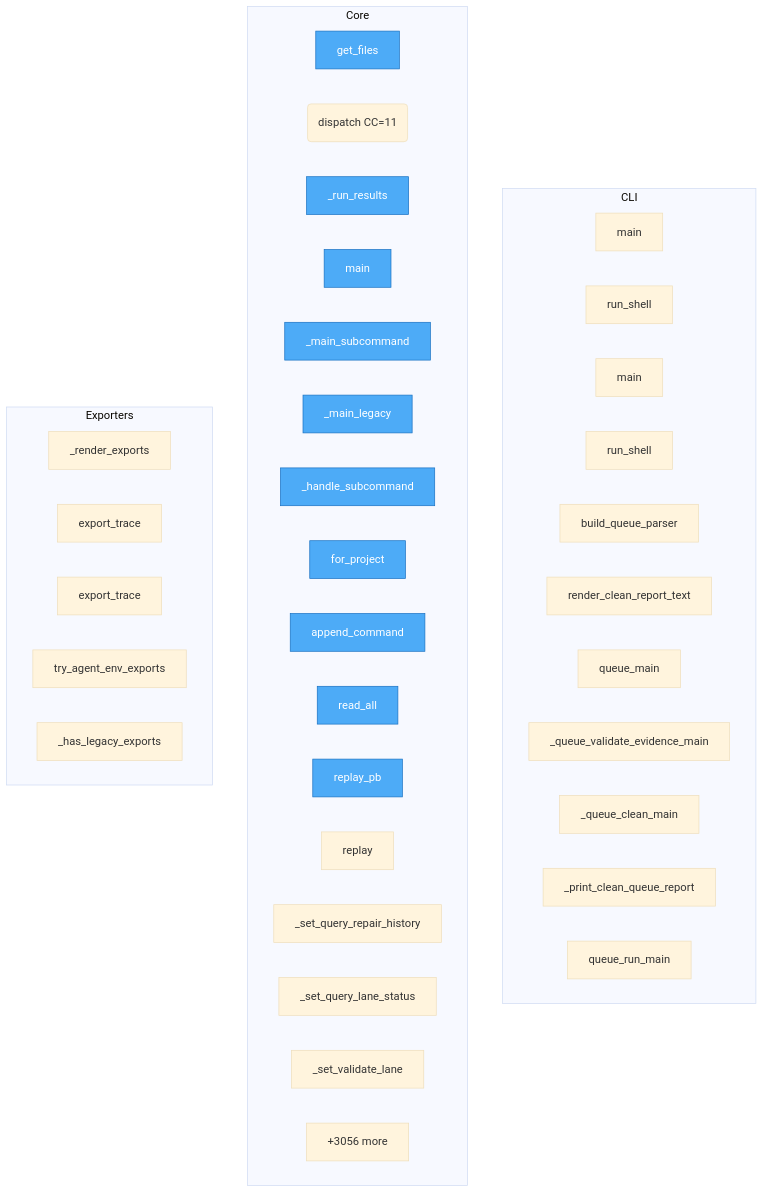
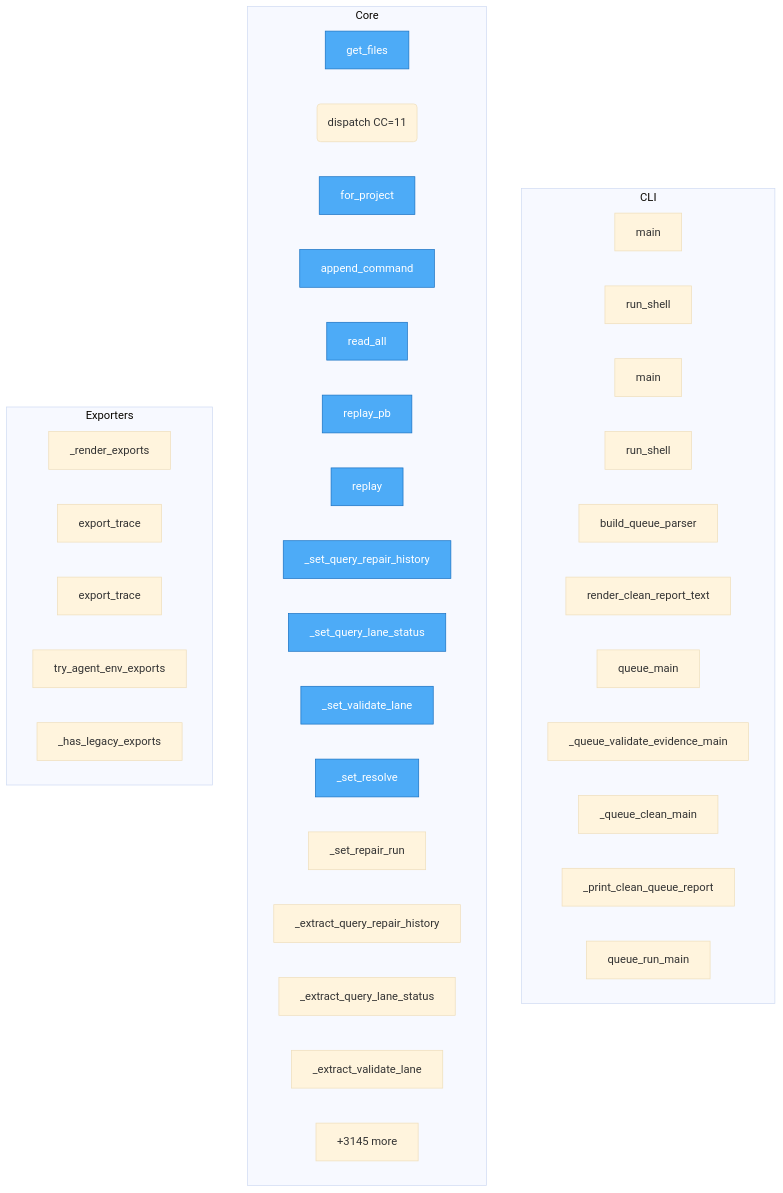
The diagram in project/flow.mmd (semcod/koru), drawn with Mermaid (base theme) before and after one commit. The commit also changed 36 other files, not shown here.

```diff
--- a/project/flow.mmd
+++ b/project/flow.mmd
@@ -1,48 +1,48 @@
 flowchart TD
-%% generated in 1.16s
+%% generated in 1.20s
 
     %% Entry points (blue)
     classDef entry fill:#4dabf7,stroke:#1971c2,color:#fff
 
     subgraph CLI
         packages__cli2koru__src__cli2koru__cli__main["main"]
         packages__cli2koru__src__cli2koru__shell__run_shell["run_shell"]
         packages__cli2coru__src__cli2coru__cli__main["main"]
         packages__cli2coru__src__cli2coru__shell__run_shell["run_shell"]
         koru__cli_queue__build_queue_parser["build_queue_parser"]
         koru__cli_queue__render_clean_report_text["render_clean_report_text"]
         koru__cli_queue__queue_main["queue_main"]
         koru__cli_queue___queue_validate_evidence_main["_queue_validate_evidence_main"]
         koru__cli_queue___queue_clean_main["_queue_clean_main"]
         koru__cli_queue___print_clean_queue_report["_print_clean_queue_report"]
         koru__cli_queue__queue_run_main["queue_run_main"]
     end
 
     subgraph Core
         check_dups__get_files["get_files"]
         packages__dsl2koru__src__dsl2koru__bus__dispatch("dispatch CC=11")
-        packages__dsl2koru__src__dsl2koru__cli___run_results["_run_results"]
-        packages__dsl2koru__src__dsl2koru__cli__main["main"]
-        packages__dsl2koru__src__dsl2koru__cli___main_subcommand["_main_subcommand"]
-        packages__dsl2koru__src__dsl2koru__cli___main_legacy["_main_legacy"]
-        packages__dsl2koru__src__dsl2koru__cli___handle_subcommand["_handle_subcommand"]
         packages__dsl2koru__src__dsl2koru__events__EventStore__for_project["for_project"]
         packages__dsl2koru__src__dsl2koru__events__EventStore__append_command["append_command"]
         packages__dsl2koru__src__dsl2koru__events__EventStore__read_all["read_all"]
         packages__dsl2koru__src__dsl2koru__events__EventStore__replay_pb["replay_pb"]
         packages__dsl2koru__src__dsl2koru__events__EventStore__replay["replay"]
         packages__dsl2koru__src__dsl2koru__pb_codec___set_query_repair_history["_set_query_repair_history"]
         packages__dsl2koru__src__dsl2koru__pb_codec___set_query_lane_status["_set_query_lane_status"]
         packages__dsl2koru__src__dsl2koru__pb_codec___set_validate_lane["_set_validate_lane"]
-        ...["+3056 more"]
+        packages__dsl2koru__src__dsl2koru__pb_codec___set_resolve["_set_resolve"]
+        packages__dsl2koru__src__dsl2koru__pb_codec___set_repair_run["_set_repair_run"]
+        packages__dsl2koru__src__dsl2koru__pb_codec___extract_query_repair_history["_extract_query_repair_history"]
+        packages__dsl2koru__src__dsl2koru__pb_codec___extract_query_lane_status["_extract_query_lane_status"]
+        packages__dsl2koru__src__dsl2koru__pb_codec___extract_validate_lane["_extract_validate_lane"]
+        ...["+3145 more"]
     end
 
     subgraph Exporters
         packages__koruenv__src__koruenv__cli___render_exports["_render_exports"]
         packages__nlpshim__src__nlpshim__conversation_client__ConversationTestClient__export_trace["export_trace"]
         packages__nlpshim__src__nlpshim__conversation_test_api__export_trace["export_trace"]
         src__koru__agent_cli_helpers__try_agent_env_exports["try_agent_env_exports"]
         src__koru__cli___has_legacy_exports["_has_legacy_exports"]
     end
 
-    class check_dups__get_files,packages__dsl2koru__src__dsl2koru__cli___run_results,packages__dsl2koru__src__dsl2koru__cli__main,packages__dsl2koru__src__dsl2koru__cli___main_subcommand,packages__dsl2koru__src__dsl2koru__cli___main_legacy,packages__dsl2koru__src__dsl2koru__cli___handle_subcommand,packages__dsl2koru__src__dsl2koru__events__EventStore__for_project,packages__dsl2koru__src__dsl2koru__events__EventStore__append_command,packages__dsl2koru__src__dsl2koru__events__EventStore__read_all,packages__dsl2koru__src__dsl2koru__events__EventStore__replay_pb entry
+    class check_dups__get_files,packages__dsl2koru__src__dsl2koru__events__EventStore__for_project,packages__dsl2koru__src__dsl2koru__events__EventStore__append_command,packages__dsl2koru__src__dsl2koru__events__EventStore__read_all,packages__dsl2koru__src__dsl2koru__events__EventStore__replay_pb,packages__dsl2koru__src__dsl2koru__events__EventStore__replay,packages__dsl2koru__src__dsl2koru__pb_codec___set_query_repair_history,packages__dsl2koru__src__dsl2koru__pb_codec___set_query_lane_status,packages__dsl2koru__src__dsl2koru__pb_codec___set_validate_lane,packages__dsl2koru__src__dsl2koru__pb_codec___set_resolve entry
```
